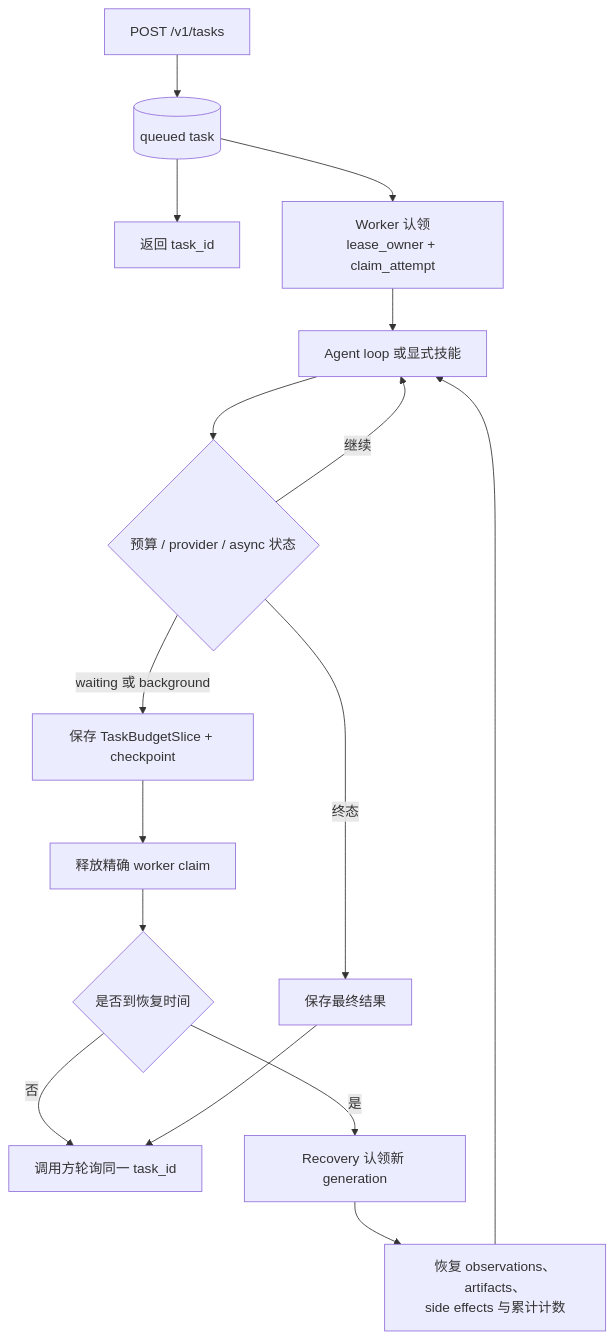
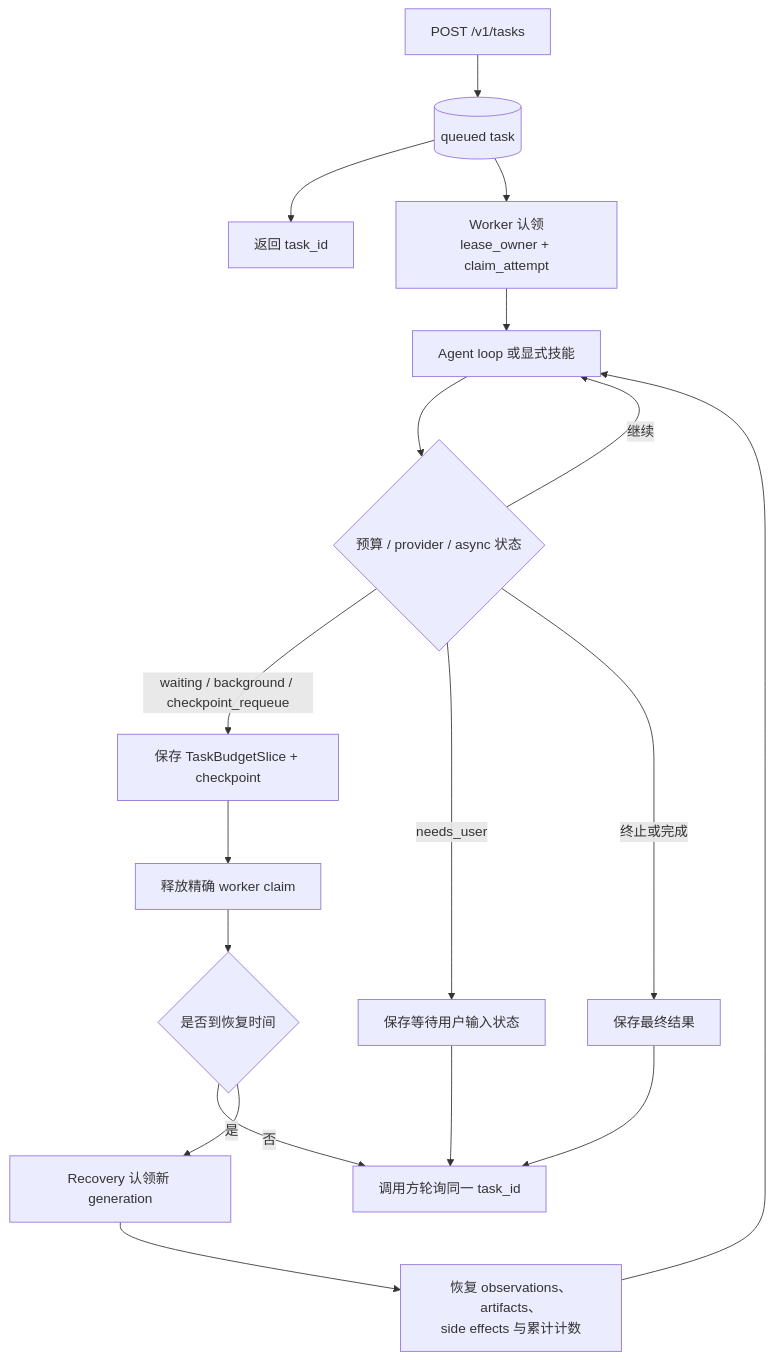
The first of 2 diagrams in docs/architecture/03-task-state-context.zh-CN.md (MatrixCoreX/RustClaw), drawn with Mermaid before and after one commit. The commit also changed other lines of this file and 17 other files, not shown here.

Commit message:
docs: synchronize architecture learning guide

````diff
--- a/docs/architecture/03-task-state-context.zh-CN.md
+++ b/docs/architecture/03-task-state-context.zh-CN.md
@@ -10,18 +12,20 @@
 ```mermaid
 flowchart TD
     A[POST /v1/tasks] --> B[(queued task)]
     B --> C[返回 task_id]
     B --> D[Worker 认领<br/>lease_owner + claim_attempt]
     D --> E[Agent loop 或显式技能]
     E --> F{预算 / provider / async 状态}
     F -->|继续| E
-    F -->|waiting 或 background| G[保存 TaskBudgetSlice + checkpoint]
+    F -->|waiting / background / checkpoint_requeue| G[保存 TaskBudgetSlice + checkpoint]
     G --> H[释放精确 worker claim]
     H --> I{是否到恢复时间}
     I -->|否| J[调用方轮询同一 task_id]
     I -->|是| K[Recovery 认领新 generation]
     K --> L[恢复 observations、artifacts、<br/>side effects 与累计计数]
     L --> E
-    F -->|终态| M[保存最终结果]
+    F -->|needs_user| N[保存等待用户输入状态]
+    N --> J
+    F -->|终止或完成| M[保存最终结果]
     M --> J
 ```
````
